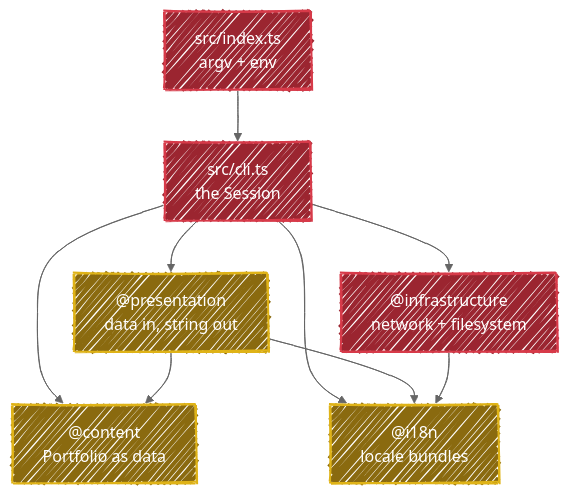
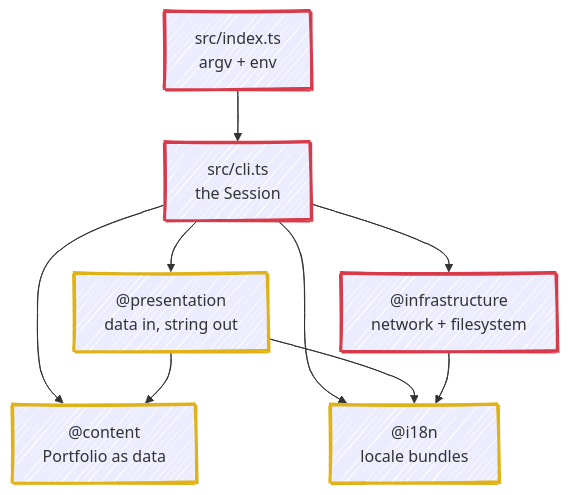
One commit to fbuireu/fbuireu-cli changed the diagram in ARCHITECTURE.md. Above: the diagram before and after it, drawn with Mermaid.

Commit message:
docs: make handDrawn diagrams readable in both colour modes
The handDrawn look fills a node with a rough.js hachure instead of a solid
area, so the label always sits on the page background rather than on the
node's fill. Pinning `theme: neutral` on top of that opted the diagrams out
of GitHub's automatic dark theme, so in dark mode a dark label landed on a
dark page showing through the hachure gaps.

Drop the pinned theme so labels follow the reader's colour mode, drop the
per-node fills that only ever rendered as texture, and carry the semantics
on the stroke instead, lightening the four darkest strokes so they keep
their contrast against a dark background.

````diff
--- a/ARCHITECTURE.md
+++ b/ARCHITECTURE.md
@@ -18,23 +18,22 @@
 ```mermaid
 ---
 config:
   look: handDrawn
-  theme: neutral
 ---
 flowchart TD
     idx["src/index.ts<br/>argv + env"] --> cli["src/cli.ts<br/>the Session"]
 
     cli --> content["@content<br/>Portfolio as data"]
     cli --> i18n["@i18n<br/>locale bundles"]
     cli --> pres["@presentation<br/>data in, string out"]
     cli --> infra["@infrastructure<br/>network + filesystem"]
 
     pres --> content
     pres --> i18n
     infra --> i18n
 
-    classDef pure fill:#8a6a0f,stroke:#dfb317,stroke-width:2px,color:#fff
-    classDef shell fill:#9b2530,stroke:#d73a49,stroke-width:2px,color:#fff
+    classDef pure stroke:#dfb317,stroke-width:3px
+    classDef shell stroke:#d73a49,stroke-width:3px
     class content,i18n,pres pure
     class idx,cli,infra shell
 ```
````
